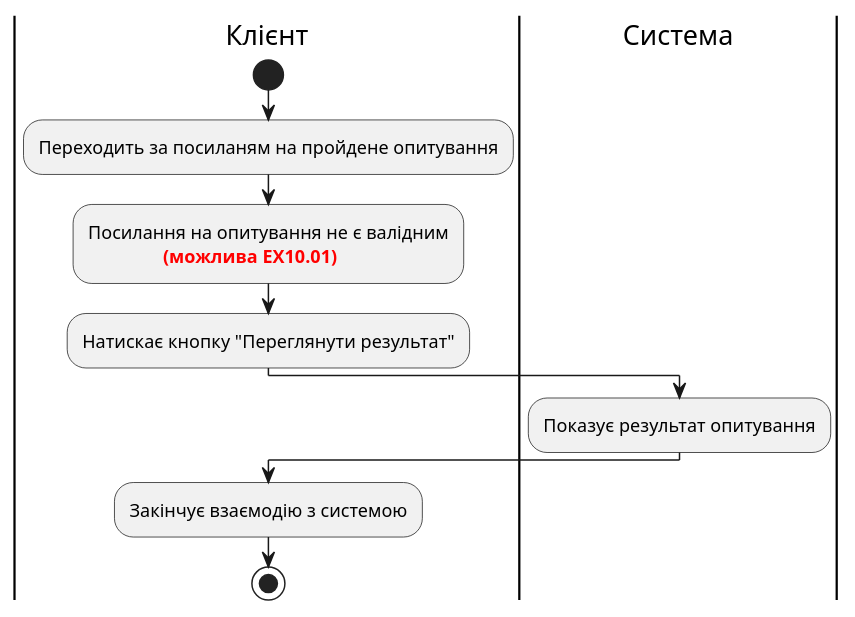
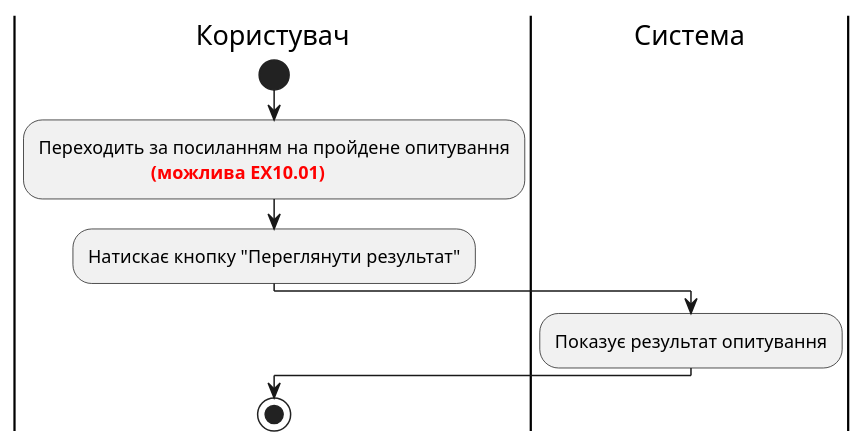
One commit to edu-db/edu_db_labs changed diagram 14 of 16 in docs/use cases/README.md. Above: the diagram before and after it, drawn with PlantUML. The commit also changed other lines of this file, not shown here.

```diff
--- a/docs/use cases/README.md
+++ b/docs/use cases/README.md
@@ -443,16 +443,14 @@
 @startuml
 
-|Клієнт|
+|Користувач|
 start;
-:Переходить за посиланям на пройдене опитування;
-:Посилання на опитування не є валідним\n\t\t<font color="red"><b>(можлива ЕХ10.01);
+:Переходить за посиланням на пройдене опитування\n\t\t\t<font color="red"><b>(можлива ЕХ10.01);
 :Натискає кнопку "Переглянути результат";
 
 |Система|
 :Показує результат опитування;
 
-|Клієнт|
-:Закінчує взаємодію з системою;
+|Користувач|
 stop;
 
 @enduml
```
